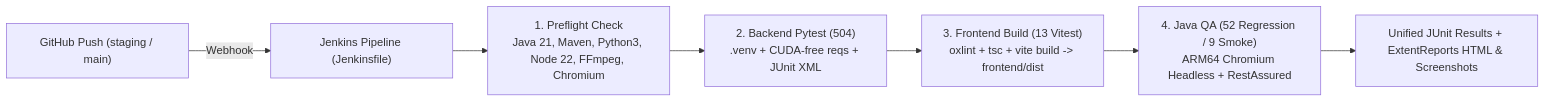
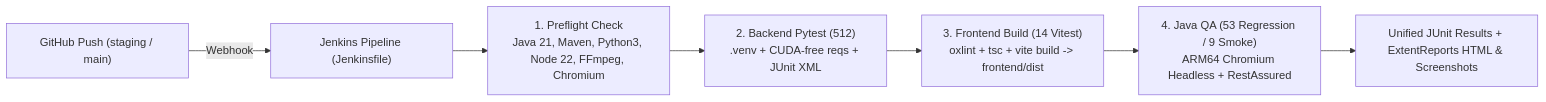
Before and after one commit to talevi83/SubBuildStudio: the second of 2 diagrams in docs/QA_TEST_PLAN.md, drawn with Mermaid. The commit also changed other lines of this file and 27 other files, not shown here.

````diff
--- a/docs/QA_TEST_PLAN.md
+++ b/docs/QA_TEST_PLAN.md
@@ -192,9 +193,9 @@
 ```mermaid
 flowchart LR
     GH["GitHub Push (staging / main)"] -->|Webhook| J["Jenkins Pipeline (Jenkinsfile)"]
     J --> S1["1. Preflight Check<br/>Java 21, Maven, Python3, Node 22, FFmpeg, Chromium"]
-    S1 --> S2["2. Backend Pytest (504)<br/>.venv + CUDA-free reqs + JUnit XML"]
-    S2 --> S3["3. Frontend Build (13 Vitest)<br/>oxlint + tsc + vite build -> frontend/dist"]
-    S3 --> S4["4. Java QA (52 Regression / 9 Smoke)<br/>ARM64 Chromium Headless + RestAssured"]
+    S1 --> S2["2. Backend Pytest (512)<br/>.venv + CUDA-free reqs + JUnit XML"]
+    S2 --> S3["3. Frontend Build (14 Vitest)<br/>oxlint + tsc + vite build -> frontend/dist"]
+    S3 --> S4["4. Java QA (53 Regression / 9 Smoke)<br/>ARM64 Chromium Headless + RestAssured"]
     S4 --> R["Unified JUnit Results + ExtentReports HTML & Screenshots"]
 ```
````
